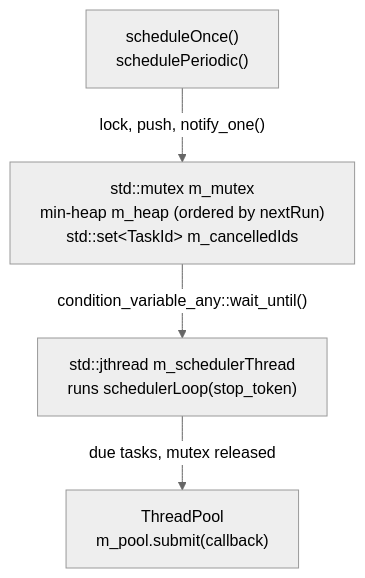
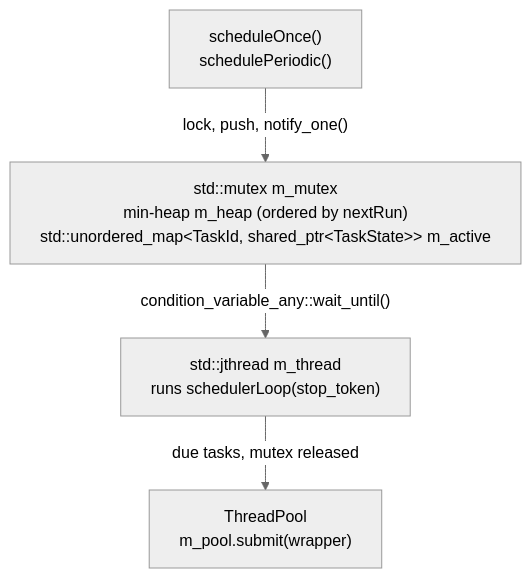
The second of 2 diagrams in docs/concurrent.md (lasser-j/sysmon), drawn with Mermaid (neutral theme) before and after one commit. The commit also changed other lines of this file and 1 other file, not shown here.

Commit message:
docs: revise scheduler design in ADR-0004

````diff
--- a/docs/concurrent.md
+++ b/docs/concurrent.md
@@ -51,12 +53,12 @@
 ```mermaid
 flowchart TD
     SO["scheduleOnce()\nschedulePeriodic()"]
     %% used &nbsp; and #8209; instead of blank space / dash to force the text on the same line
-    H["std::mutex m_mutex\nmin#8209;heap&nbsp;m_heap&nbsp;(ordered&nbsp;by&nbsp;nextRun)\nstd::set&lt;TaskId&gt;&nbsp;m_cancelledIds"]
-    SL["std::jthread&nbsp;m_schedulerThread\nruns&nbsp;schedulerLoop(stop_token)"]
-    P["ThreadPool\nm_pool.submit(callback)"]
+    H["std::mutex m_mutex\nmin#8209;heap&nbsp;m_heap&nbsp;(ordered&nbsp;by&nbsp;nextRun)\nstd::unordered_map&lt;TaskId,&nbsp;shared_ptr&lt;TaskState&gt;&gt;&nbsp;m_active"]
+    SL["std::jthread&nbsp;m_thread\nruns&nbsp;schedulerLoop(stop_token)"]
+    P["ThreadPool\nm_pool.submit(wrapper)"]
 
     SO -->|"lock, push, notify_one()"| H
     H -->|"condition_variable_any::wait_until()"| SL
     SL -->|"due tasks, mutex released"| P
 ```
````
